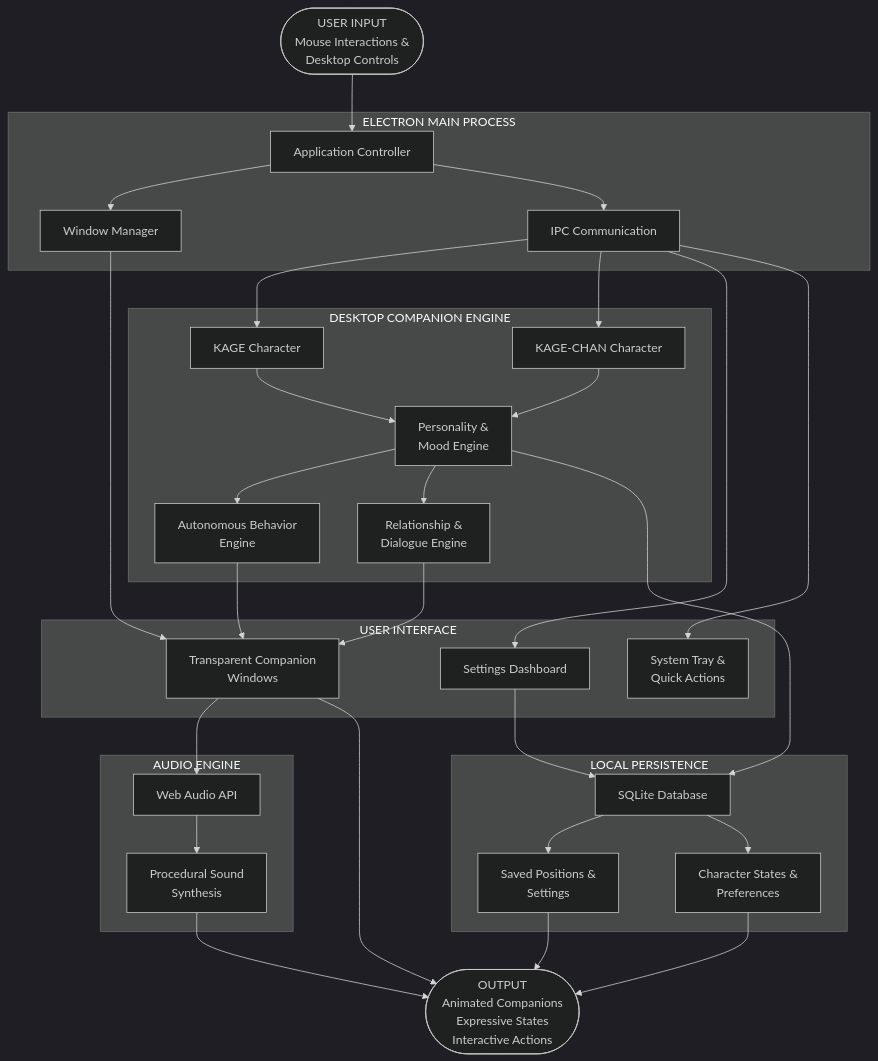
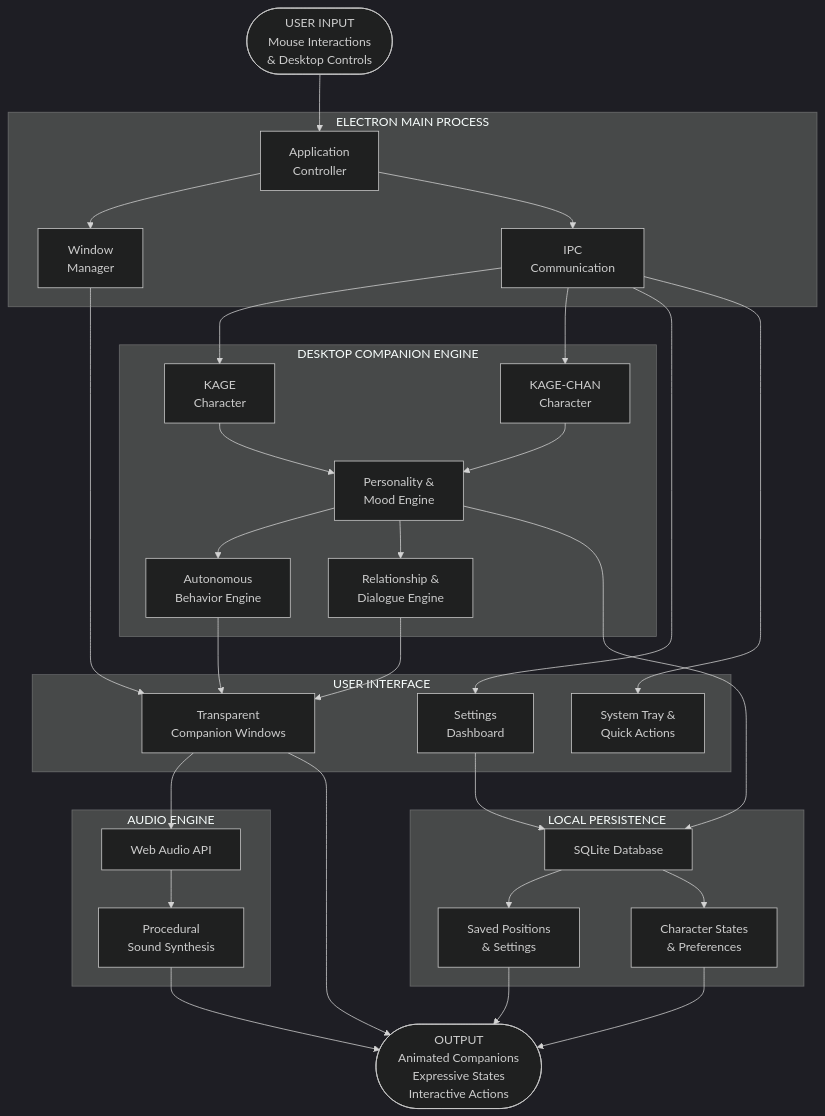
One commit to ISBANDURAHUMAN-R/KAGE-COMPANION changed the diagram in README.md. Above: the diagram before and after it, drawn with Mermaid (dark theme). The commit also changed 4 other files, not shown here.

Commit message:
docs: fix Mermaid label truncation with line wrapping and non-clipping padding

````diff
--- a/README.md
+++ b/README.md
@@ -39,63 +39,63 @@
 ```mermaid
 flowchart TD
-    A(["USER INPUT<br/>Mouse Interactions &amp;<br/>Desktop Controls"])
+    A(["&nbsp;&nbsp;&nbsp; USER INPUT &nbsp;&nbsp;&nbsp;<br/>&nbsp; Mouse Interactions &nbsp;<br/>&nbsp; &amp; Desktop Controls &nbsp;"])
 
-    subgraph Main["ELECTRON MAIN PROCESS"]
-        B["Application Controller"]
-        C["Window Manager"]
-        D["IPC Communication"]
+    subgraph Main ["&nbsp; ELECTRON MAIN PROCESS &nbsp;"]
+        B["&nbsp; Application &nbsp;<br/>&nbsp; Controller &nbsp;"]
+        C["&nbsp; Window &nbsp;<br/>&nbsp; Manager &nbsp;"]
+        D["&nbsp; IPC &nbsp;<br/>&nbsp; Communication &nbsp;"]
         B --> C
         B --> D
     end
 
-    subgraph Companions["DESKTOP COMPANION ENGINE"]
-        E["KAGE Character"]
-        F["KAGE-CHAN Character"]
-        G["Personality &amp;<br/>Mood Engine"]
-        H["Autonomous Behavior<br/>Engine"]
-        I["Relationship &amp;<br/>Dialogue Engine"]
+    subgraph Companions ["&nbsp; DESKTOP COMPANION ENGINE &nbsp;"]
+        E["&nbsp; KAGE &nbsp;<br/>&nbsp; Character &nbsp;"]
+        F["&nbsp; KAGE-CHAN &nbsp;<br/>&nbsp; Character &nbsp;"]
+        G["&nbsp; Personality &amp; &nbsp;<br/>&nbsp; Mood Engine &nbsp;"]
+        H["&nbsp; Autonomous &nbsp;<br/>&nbsp; Behavior Engine &nbsp;"]
+        I["&nbsp; Relationship &amp; &nbsp;<br/>&nbsp; Dialogue Engine &nbsp;"]
 
         E --> G
         F --> G
         G --> H
         G --> I
     end
 
-    subgraph Interface["USER INTERFACE"]
-        J["Transparent Companion<br/>Windows"]
-        K["Settings Dashboard"]
-        L["System Tray &amp;<br/>Quick Actions"]
+    subgraph Interface ["&nbsp; USER INTERFACE &nbsp;"]
+        J["&nbsp; Transparent &nbsp;<br/>&nbsp; Companion Windows &nbsp;"]
+        K["&nbsp; Settings &nbsp;<br/>&nbsp; Dashboard &nbsp;"]
+        L["&nbsp; System Tray &amp; &nbsp;<br/>&nbsp; Quick Actions &nbsp;"]
     end
 
-    subgraph Audio["AUDIO ENGINE"]
-        M["Web Audio API"]
-        N["Procedural Sound<br/>Synthesis"]
+    subgraph Audio ["&nbsp; AUDIO ENGINE &nbsp;"]
+        M["&nbsp; Web Audio API &nbsp;"]
+        N["&nbsp; Procedural &nbsp;<br/>&nbsp; Sound Synthesis &nbsp;"]
         M --> N
     end
 
-    subgraph Storage["LOCAL PERSISTENCE"]
-        O["SQLite Database"]
-        P["Saved Positions &amp;<br/>Settings"]
-        Q["Character States &amp;<br/>Preferences"]
+    subgraph Storage ["&nbsp; LOCAL PERSISTENCE &nbsp;"]
+        O["&nbsp; SQLite Database &nbsp;"]
+        P["&nbsp; Saved Positions &nbsp;<br/>&nbsp; &amp; Settings &nbsp;"]
+        Q["&nbsp; Character States &nbsp;<br/>&nbsp; &amp; Preferences &nbsp;"]
         O --> P
         O --> Q
     end
 
-    R(["OUTPUT<br/>Animated Companions<br/>Expressive States<br/>Interactive Actions"])
+    R(["&nbsp;&nbsp;&nbsp; OUTPUT &nbsp;&nbsp;&nbsp;<br/>&nbsp; Animated Companions &nbsp;<br/>&nbsp; Expressive States &nbsp;<br/>&nbsp; Interactive Actions &nbsp;"])
 
     A --> B
     C --> J
     D --> E
     D --> F
     D --> K
     D --> L
     H --> J
     I --> J
     G --> O
     K --> O
     J --> M
     J --> R
     N --> R
     P --> R
     Q --> R
 ```
````
